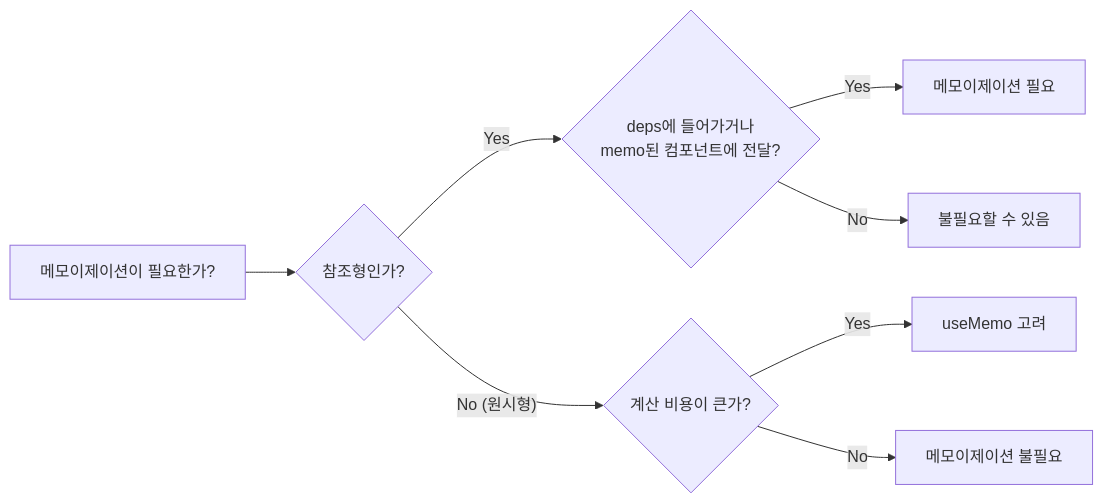
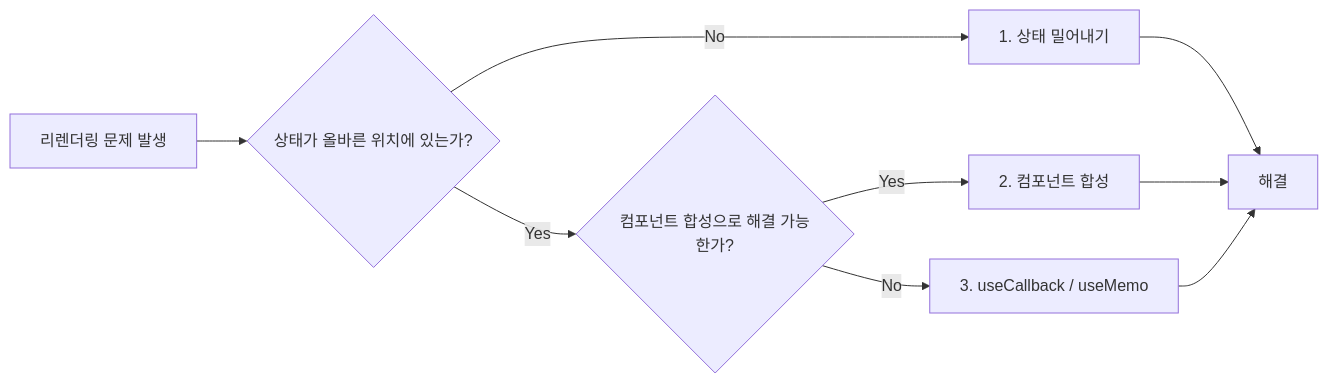
One commit to codefug/codefug.github.io changed diagram 17 of 19 in markdown/2026-01-18/ko/content.mdx. Above: the diagram before and after it, drawn with Mermaid. The commit also changed other lines of this file and 2 other files, not shown here.

First line of the commit message:
docs: useCallback, useMemo 포스트 영문 내용 정정

````diff
--- a/markdown/2026-01-18/ko/content.mdx
+++ b/markdown/2026-01-18/ko/content.mdx
@@ -1387,10 +1138,11 @@
 ```mermaid
 flowchart LR
-    A["메모이제이션이 필요한가?"] --> B{"참조형인가?"}
-    B -->|"Yes"| C{"deps에 들어가거나<br/>memo된 컴포넌트에 전달?"}
-    C -->|"Yes"| D["메모이제이션 필요"]
-    C -->|"No"| E["불필요할 수 있음"]
-    B -->|"No (원시형)"| F{"계산 비용이 큰가?"}
-    F -->|"Yes"| G["useMemo 고려"]
-    F -->|"No"| H["메모이제이션 불필요"]
+    A["리렌더링 문제 발생"] --> B{"상태가 올바른 위치에 있는가?"}
+    B -->|No| C["1. 상태 밀어내기"]
+    B -->|Yes| D{"컴포넌트 합성으로 해결 가능한가?"}
+    D -->|Yes| E["2. 컴포넌트 합성"]
+    D -->|No| F["3. useCallback / useMemo"]
+    C --> G["해결"]
+    E --> G
+    F --> G
 ```
````
